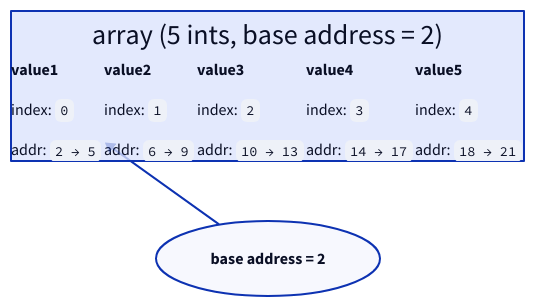
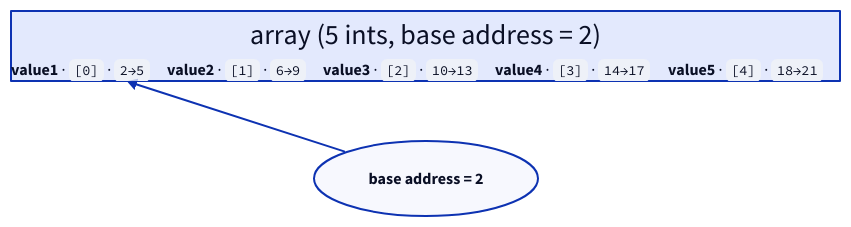
Before and after one commit to ani2fun/note-book: diagram 14 of 19 in src/computer-science/DSA/data-structures/1.arrays/01-introduction.md, drawn with D2. The commit also changed other lines of this file, not shown here.

````diff
--- a/src/computer-science/DSA/data-structures/1.arrays/01-introduction.md
+++ b/src/computer-science/DSA/data-structures/1.arrays/01-introduction.md
@@ -828,48 +786,28 @@
 ```d2
 direction: right
 
 arr: "array (5 ints, base address = 2)" {
   grid-columns: 5
   grid-gap: 0
   e0: |md
-    **value1**
-
-    index: `0`
-
-    addr: `2 → 5`
+    **value1** · `[0]` · `2→5`
   |
   e1: |md
-    **value2**
-
-    index: `1`
-
-    addr: `6 → 9`
+    **value2** · `[1]` · `6→9`
   |
   e2: |md
-    **value3**
-
-    index: `2`
-
-    addr: `10 → 13`
+    **value3** · `[2]` · `10→13`
   |
   e3: |md
-    **value4**
-
-    index: `3`
-
-    addr: `14 → 17`
+    **value4** · `[3]` · `14→17`
   |
   e4: |md
-    **value5**
-
-    index: `4`
-
-    addr: `18 → 21`
+    **value5** · `[4]` · `18→21`
   |
 }
 
 base: base address = 2 {
   shape: oval
 }
 base -> arr.e0
 ```
````
